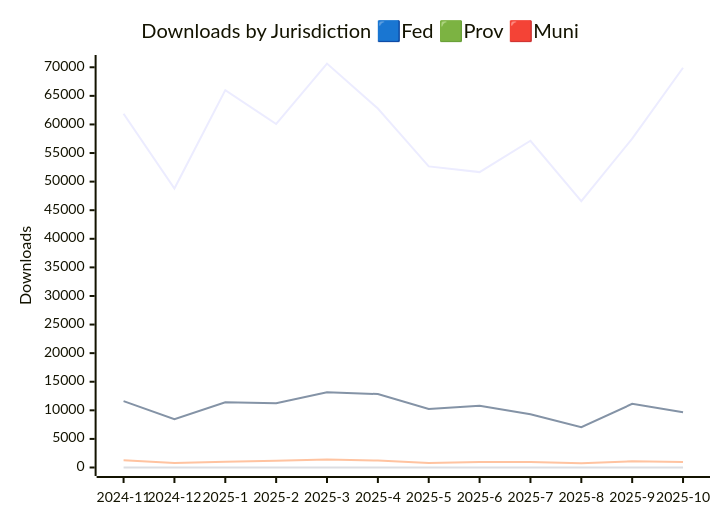
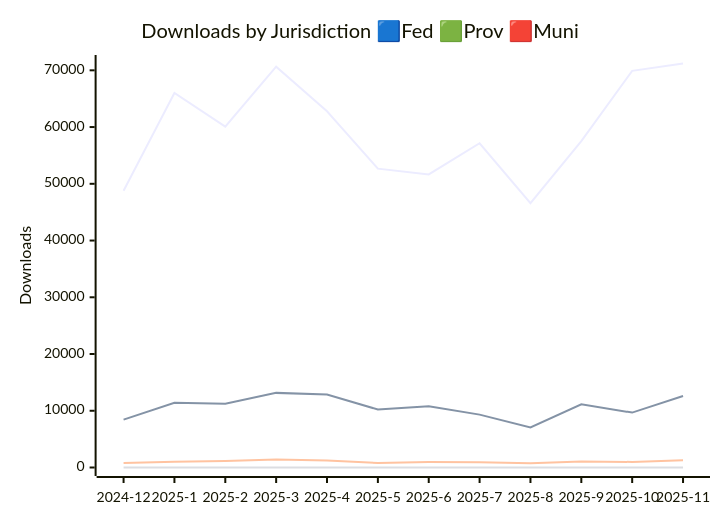
One commit to PatLittle/analytics-corporate-reporting changed the first of 3 diagrams in JURISDICTION_ANALYTICS_REPORT/readme.md. Above: the diagram before and after it, drawn with Mermaid. The commit also changed other lines of this file and 3 other files, not shown here.

````diff
--- a/JURISDICTION_ANALYTICS_REPORT/readme.md
+++ b/JURISDICTION_ANALYTICS_REPORT/readme.md
@@ -14,11 +14,11 @@
 ```mermaid
 
 xychart-beta
     title "Downloads by Jurisdiction 🟦Fed 🟩Prov 🟥Muni"
-    x-axis [2024-11, 2024-12, 2025-1, 2025-2, 2025-3, 2025-4, 2025-5, 2025-6, 2025-7, 2025-8, 2025-9, 2025-10]
-    y-axis "Downloads" 0 --> 70659
-    line [61873, 48788, 66000, 60078, 70649, 62779, 52667, 51662, 57147, 46584, 57516, 69913]
-    line [11604, 8439, 11392, 11243, 13152, 12845, 10221, 10780, 9318, 7044, 11127, 9679]
-    line [1257, 797, 993, 1163, 1400, 1222, 801, 964, 947, 744, 1077, 983]
-    line [0, 0, 0, 0, 0, 0, 0, 0, 0, 0, 0, 3]
+    x-axis [2024-12, 2025-1, 2025-2, 2025-3, 2025-4, 2025-5, 2025-6, 2025-7, 2025-8, 2025-9, 2025-10, 2025-11]
+    y-axis "Downloads" 0 --> 71202
+    line [48788, 66000, 60078, 70649, 62779, 52667, 51662, 57147, 46584, 57516, 69913, 71192]
+    line [8439, 11392, 11243, 13152, 12845, 10221, 10780, 9318, 7044, 11127, 9679, 12605]
+    line [797, 993, 1163, 1400, 1222, 801, 964, 947, 744, 1077, 983, 1263]
+    line [0, 0, 0, 0, 0, 0, 0, 0, 0, 0, 3, 2]
 ```
````
